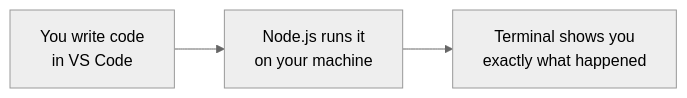
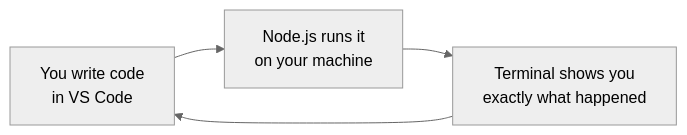
One commit to AutoNateAI/roblox-gamelab-2 changed the diagram in apps/marketplace/content/tutorials/intro-to-javascript-for-beginners/00-setup-node-and-vscode.md. Above: the diagram before and after it, drawn with Mermaid (neutral theme). The commit also changed other lines of this file and 130 other files, not shown here.

````diff
--- a/apps/marketplace/content/tutorials/intro-to-javascript-for-beginners/00-setup-node-and-vscode.md
+++ b/apps/marketplace/content/tutorials/intro-to-javascript-for-beginners/00-setup-node-and-vscode.md
@@ -48,5 +112,6 @@
 ```mermaid
 flowchart LR
   A["You write code<br/>in VS Code"] --> B["Node.js runs it<br/>on your machine"]
   B --> C["Terminal shows you<br/>exactly what happened"]
+  C --> A
 ```
````
